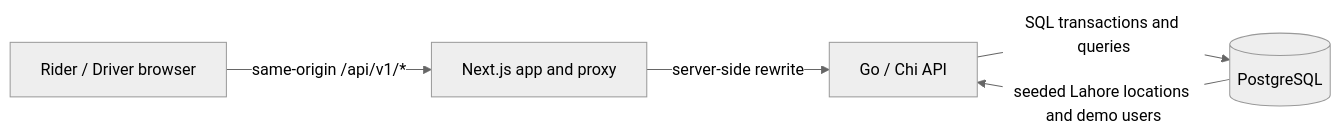
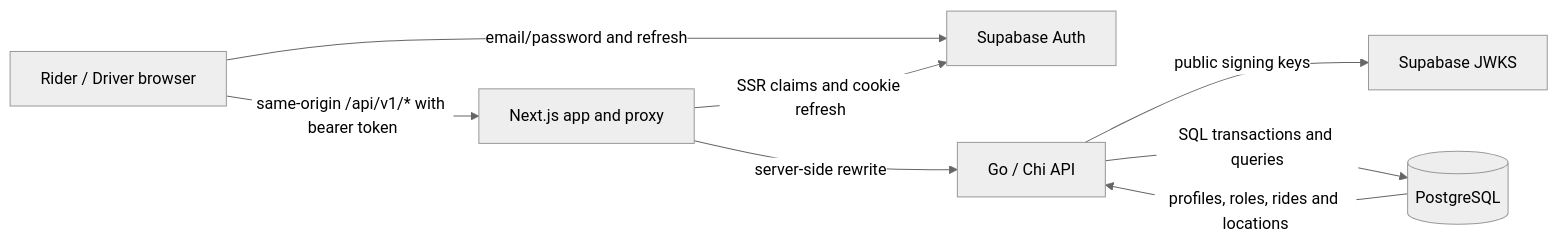
One commit to Haseeb-Arshad/RIDE-HAILING changed the first of 3 diagrams in docs/ARCHITECTURE.md. Above: the diagram before and after it, drawn with Mermaid (neutral theme). The commit also changed other lines of this file and 6 other files, not shown here.

````diff
--- a/docs/ARCHITECTURE.md
+++ b/docs/ARCHITECTURE.md
@@ -7,7 +7,10 @@
 ```mermaid
 flowchart LR
-    Browser[ Rider / Driver browser ] -->|same-origin /api/v1/*| Web[ Next.js app and proxy ]
+    Browser[ Rider / Driver browser ] -->|same-origin /api/v1/* with bearer token| Web[ Next.js app and proxy ]
+    Browser -->|email/password and refresh| Auth[ Supabase Auth ]
+    Web -->|SSR claims and cookie refresh| Auth
     Web -->|server-side rewrite| API[ Go / Chi API ]
+    API -->|public signing keys| JWKS[ Supabase JWKS ]
     API -->|SQL transactions and queries| DB[(PostgreSQL)]
-    DB -->|seeded Lahore locations and demo users| API
+    DB -->|profiles, roles, rides and locations| API
 ```
````
